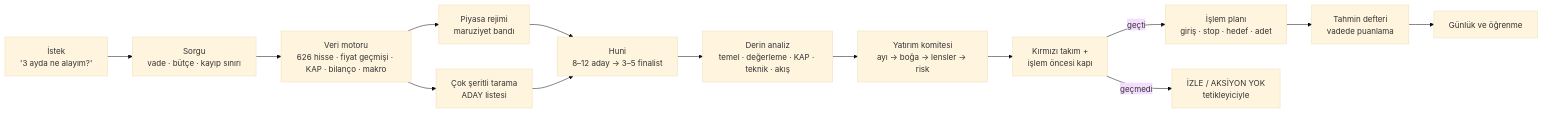
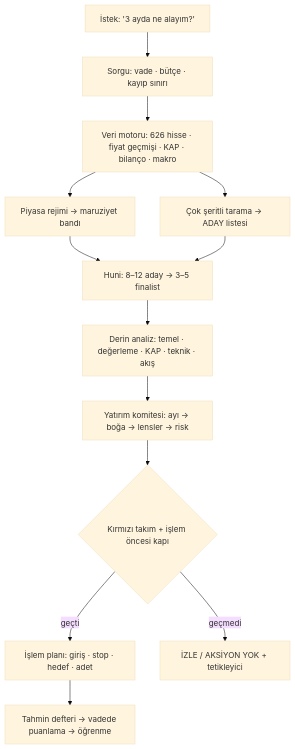
Before and after one commit to yigityildiz0/yigit-investment-copilot: the first of 2 diagrams in README.md, drawn with Mermaid (base theme). The commit also changed other lines of this file, not shown here.

Commit message:
README: readable top-down flow and four-column module map

````diff
--- a/README.md
+++ b/README.md
@@ -58,16 +58,15 @@
 ```mermaid
-flowchart LR
-    A[İstek<br/>'3 ayda ne alayım?'] --> B[Sorgu<br/>vade · bütçe · kayıp sınırı]
-    B --> C[Veri motoru<br/>626 hisse · fiyat geçmişi · KAP · bilanço · makro]
-    C --> D[Piyasa rejimi<br/>maruziyet bandı]
-    C --> E[Çok şeritli tarama<br/>ADAY listesi]
-    D --> F
-    E --> F[Huni<br/>8–12 aday → 3–5 finalist]
-    F --> G[Derin analiz<br/>temel · değerleme · KAP · teknik · akış]
-    G --> H[Yatırım komitesi<br/>ayı → boğa → lensler → risk]
-    H --> I[Kırmızı takım +<br/>işlem öncesi kapı]
-    I -->|geçti| J[İşlem planı<br/>giriş · stop · hedef · adet]
-    I -->|geçmedi| K[İZLE / AKSİYON YOK<br/>tetikleyiciyle]
-    J --> L[Tahmin defteri<br/>vadede puanlama]
-    L --> M[Günlük ve öğrenme]
+flowchart TD
+    A["İstek: '3 ayda ne alayım?'"] --> B["Sorgu: vade · bütçe · kayıp sınırı"]
+    B --> C["Veri motoru: 626 hisse · fiyat geçmişi · KAP · bilanço · makro"]
+    C --> D["Piyasa rejimi → maruziyet bandı"]
+    C --> E["Çok şeritli tarama → ADAY listesi"]
+    D --> F["Huni: 8–12 aday → 3–5 finalist"]
+    E --> F
+    F --> G["Derin analiz: temel · değerleme · KAP · teknik · akış"]
+    G --> H["Yatırım komitesi: ayı → boğa → lensler → risk"]
+    H --> I{"Kırmızı takım + işlem öncesi kapı"}
+    I -->|geçti| J["İşlem planı: giriş · stop · hedef · adet"]
+    I -->|geçmedi| K["İZLE / AKSİYON YOK + tetikleyici"]
+    J --> L["Tahmin defteri → vadede puanlama → öğrenme"]
 ```
````
